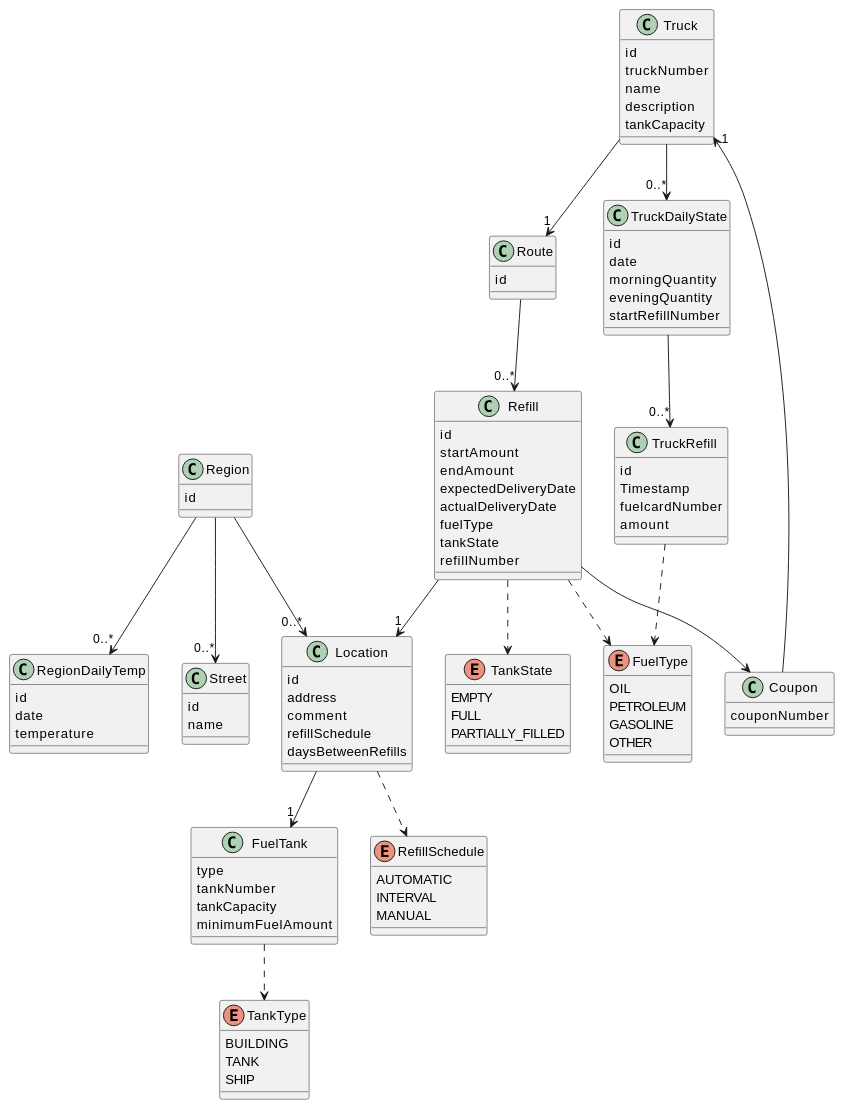
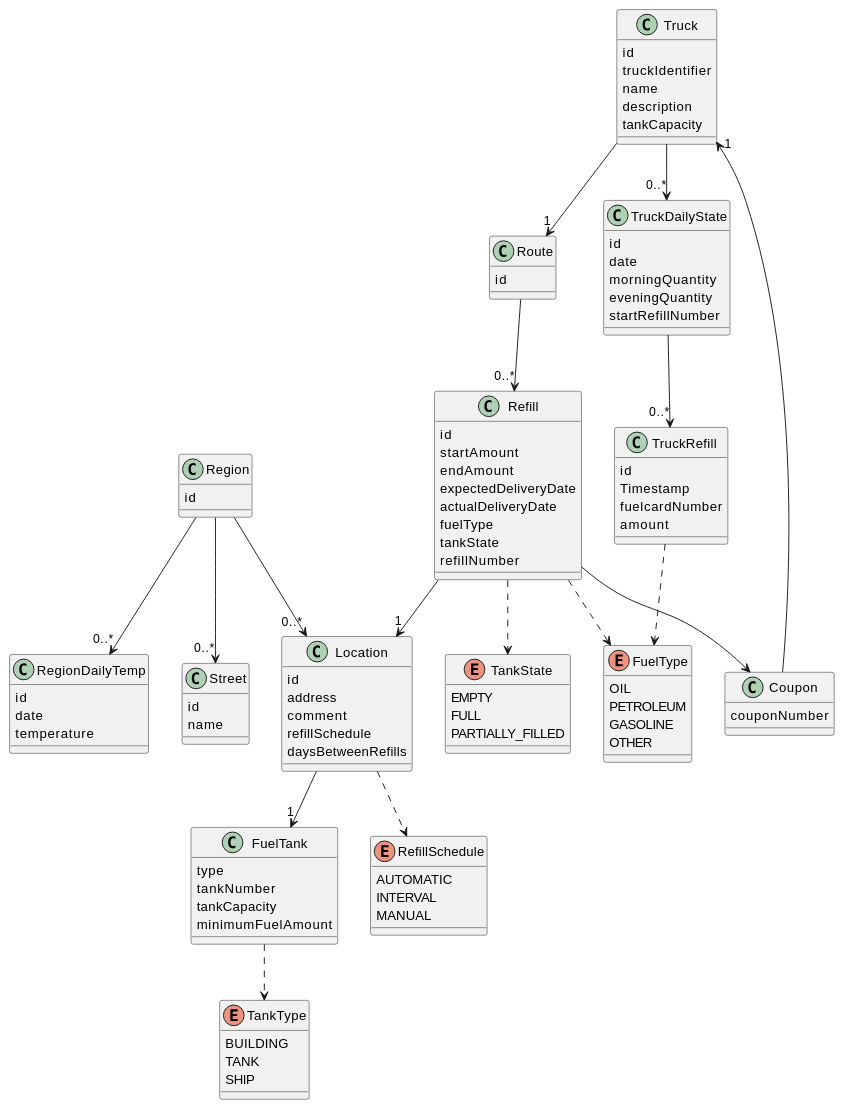
Before and after one commit to IT-Minds/client_comby_oilcontrols: the diagram in docs/entity-datamodel.md, drawn with PlantUML. The commit also changed 1 other file, not shown here.

Commit message:
refactor TruckNumber to TruckIdentifier and changed datatype to string.

```diff
--- a/docs/entity-datamodel.md
+++ b/docs/entity-datamodel.md
@@ -6,7 +6,7 @@
 @startuml
 class Truck {
   id
-  truckNumber
+  truckIdentifier
   name
   description
   tankCapacity
```
